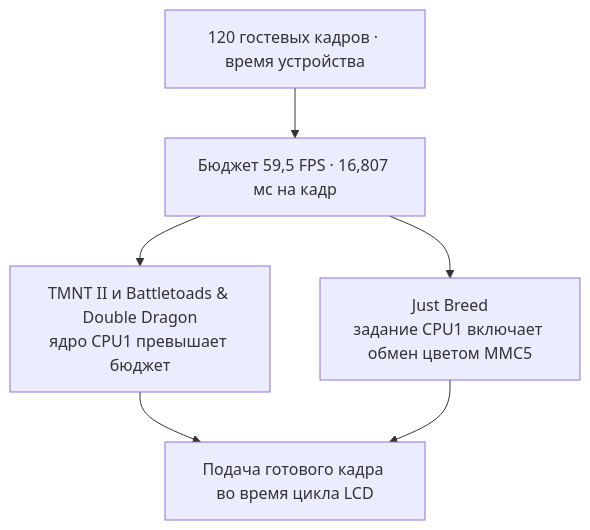
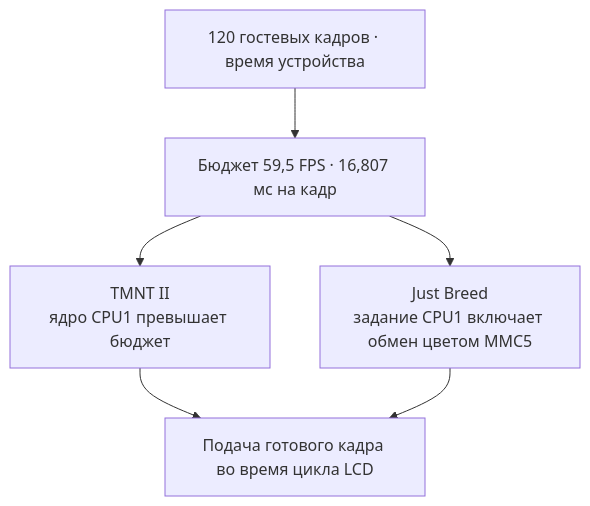
The fourth of 4 diagrams in bitvyr_nes_p4c6/betta/docs/02-architecture.md (KirPoz/bitvyr), drawn with Mermaid before and after one commit. The commit also changed other lines of this file and 6 other files, not shown here.

````diff
--- a/bitvyr_nes_p4c6/betta/docs/02-architecture.md
+++ b/bitvyr_nes_p4c6/betta/docs/02-architecture.md
@@ -112,8 +117,8 @@
 ```mermaid
 flowchart TD
     R["120 гостевых кадров · время устройства"] --> B["Бюджет 59,5 FPS · 16,807 мс на кадр"]
-    B --> W["TMNT II и Battletoads & Double Dragon<br/>ядро CPU1 превышает бюджет"]
+    B --> W["TMNT II<br/>ядро CPU1 превышает бюджет"]
     B --> C["Just Breed<br/>задание CPU1 включает обмен цветом MMC5"]
     W --> P["Подача готового кадра во время цикла LCD"]
     C --> P
 ```
````
